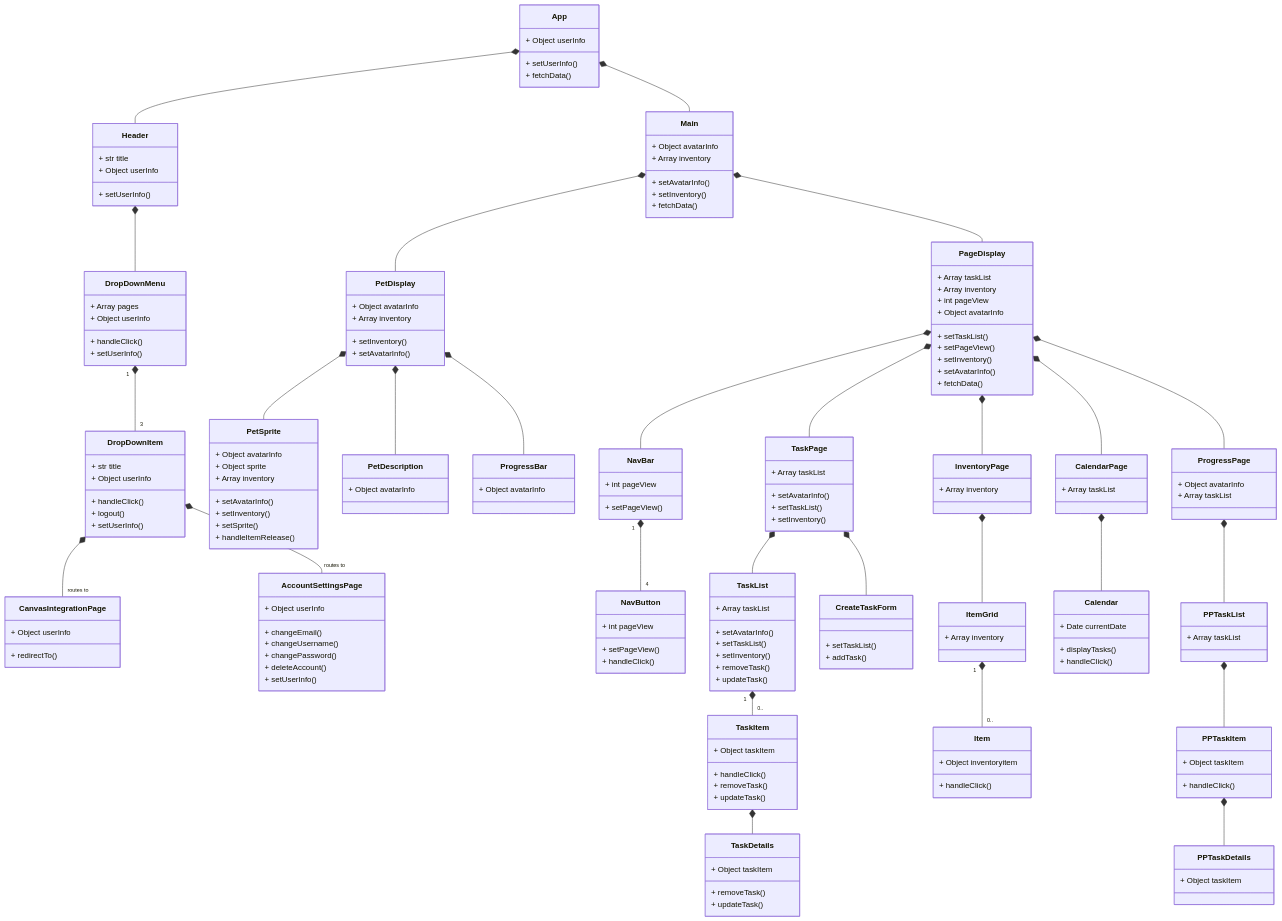
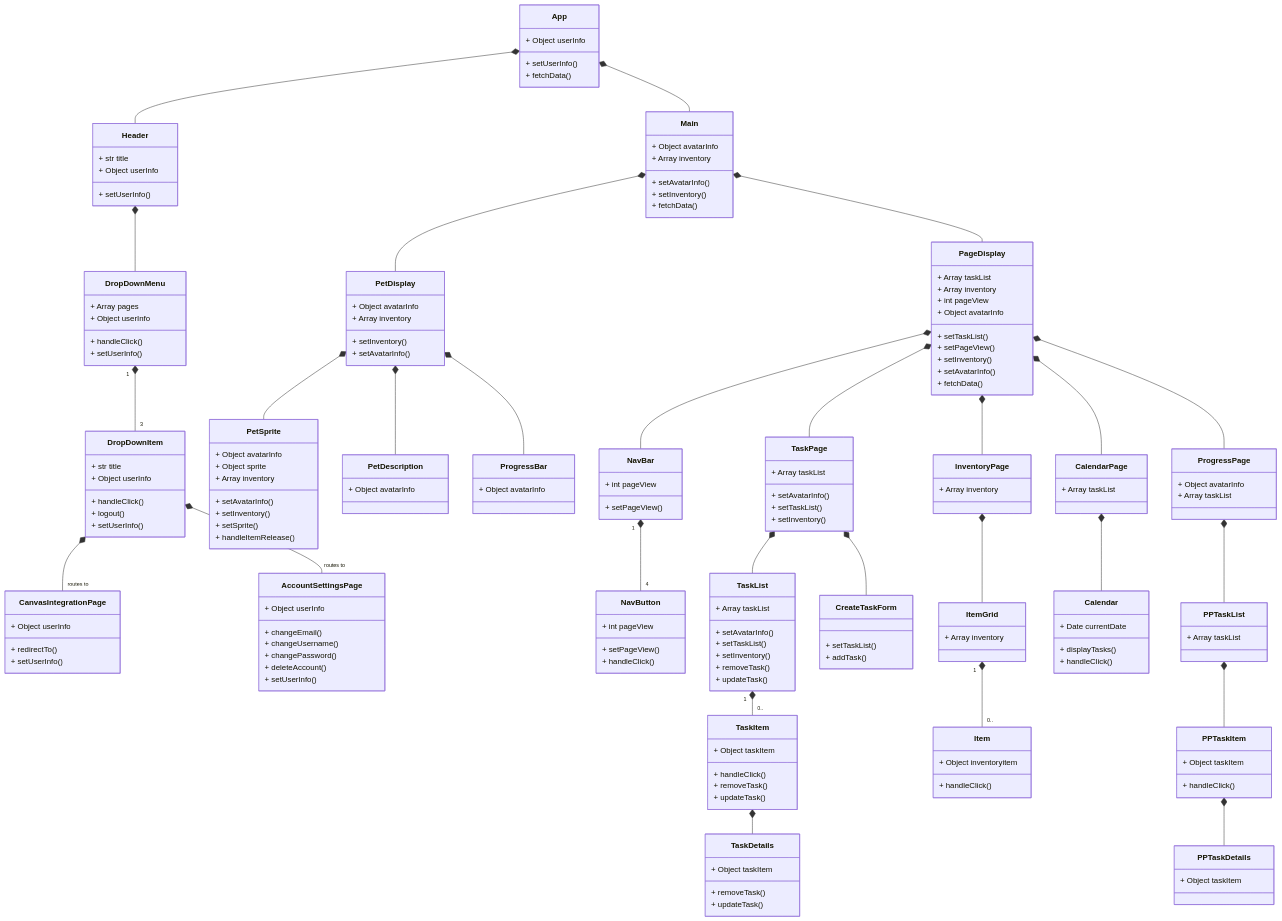
One commit to Capstone-Projects-2023-Spring/project-virtual-pet changed the first of 5 diagrams in documentation/docs/system-architecture/class-diagrams.md. Above: the diagram before and after it, drawn with Mermaid. The commit also changed 1 other file, not shown here.

Commit message:
front-end class and class-diagrams update

```diff
--- a/documentation/docs/system-architecture/class-diagrams.md
+++ b/documentation/docs/system-architecture/class-diagrams.md
@@ -85,6 +85,7 @@
     class CanvasIntegrationPage {
         + Object userInfo   
         + redirectTo()
+        + setUserInfo()
 
     }
 
```
